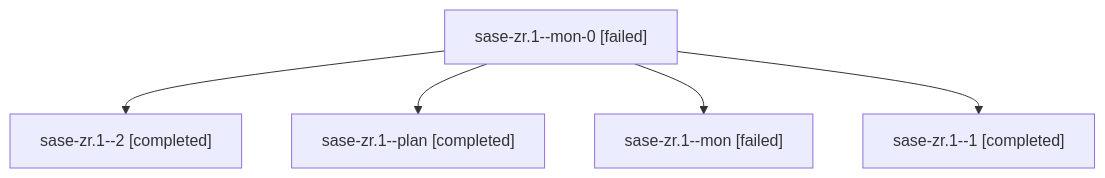
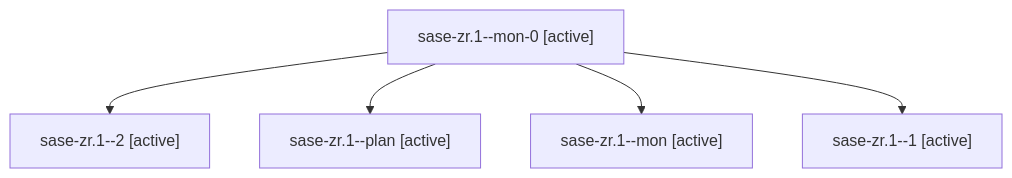
Before and after one commit to sase-org/sase--agents: the diagram in families/bbugyi200.apollo.sase-zr.1.md, drawn with Mermaid. The commit also changed other lines of this file and 95 other files, not shown here.

````diff
--- a/families/bbugyi200.apollo.sase-zr.1.md
+++ b/families/bbugyi200.apollo.sase-zr.1.md
@@ -9,12 +9,12 @@
 ```mermaid
 flowchart TD
-  n0["sase-zr.1--mon-0 [failed]"]
-  n1["sase-zr.1--2 [completed]"]
+  n0["sase-zr.1--mon-0 [active]"]
+  n1["sase-zr.1--2 [active]"]
   n0 --> n1
-  n2["sase-zr.1--plan [completed]"]
+  n2["sase-zr.1--plan [active]"]
   n0 --> n2
-  n3["sase-zr.1--mon [failed]"]
+  n3["sase-zr.1--mon [active]"]
   n0 --> n3
-  n4["sase-zr.1--1 [completed]"]
+  n4["sase-zr.1--1 [active]"]
   n0 --> n4
 ```
````
